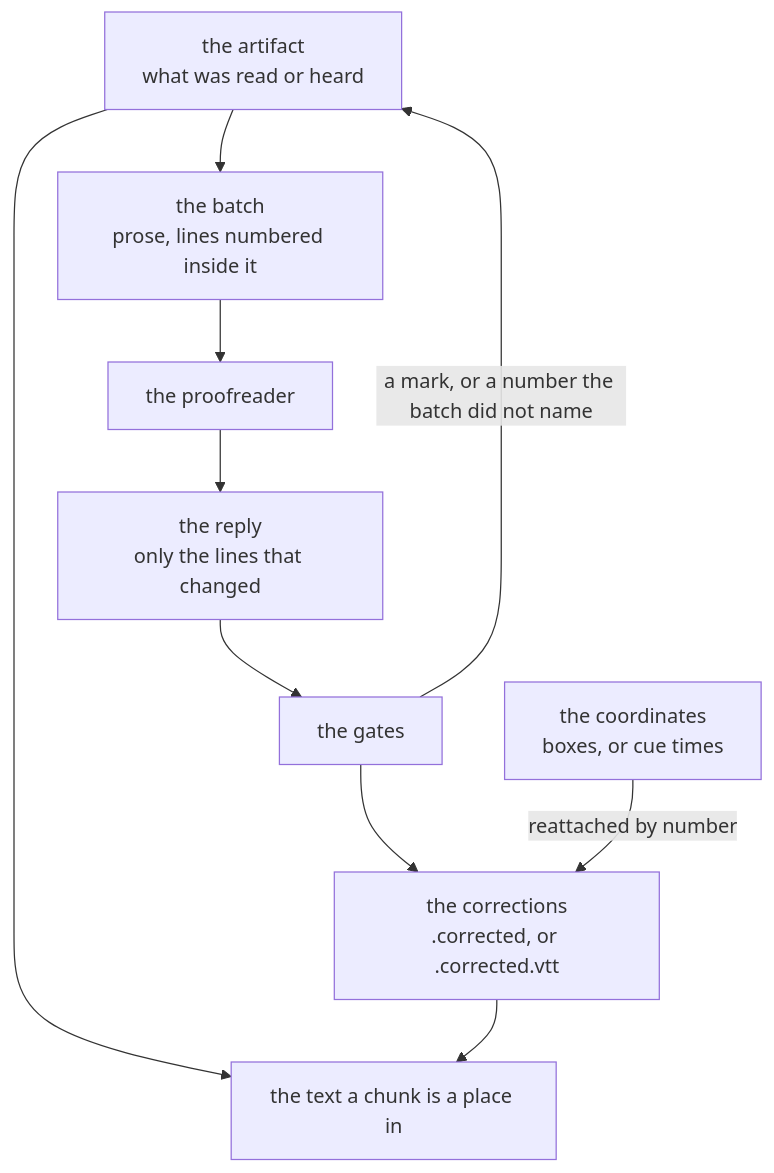
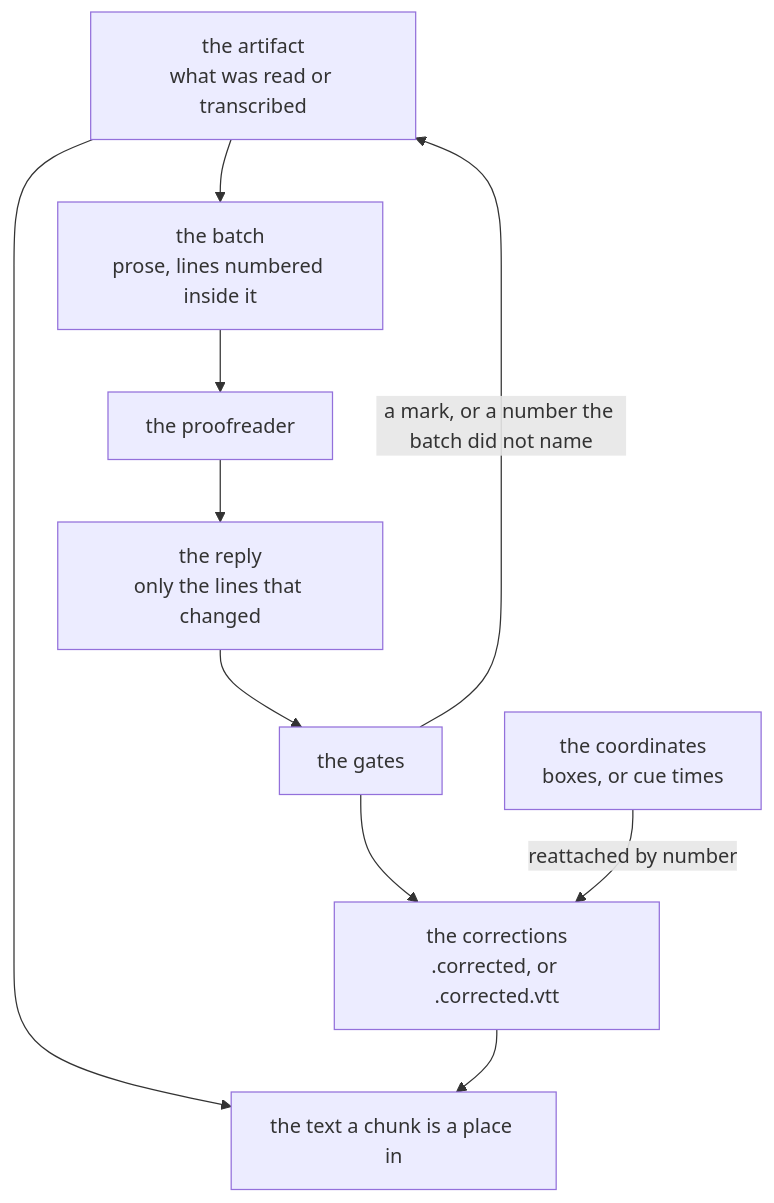
Before and after one commit to jiva-studio/numen: the diagram in docs/proofreading.md, drawn with Mermaid. The commit also changed other lines of this file and 65 other files, not shown here.

First line of the commit message:
refactor(protocol): a schema field says what it holds

````diff
--- a/docs/proofreading.md
+++ b/docs/proofreading.md
@@ -24,21 +24,21 @@
 ```mermaid
 graph TD
-    ART["the artifact<br/>what was read or heard"]
+    ART["the artifact<br/>what was read or transcribed"]
     COORD["the coordinates<br/>boxes, or cue times"]
     ASK["the batch<br/>prose, lines numbered inside it"]
     MODEL["the proofreader"]
     REPLY["the reply<br/>only the lines that changed"]
     GATES["the gates"]
     FIX["the corrections<br/>.corrected, or .corrected.vtt"]
     OUT["the text a chunk is a place in"]
 
     ART --> ASK
     ASK --> MODEL
     MODEL --> REPLY
     REPLY --> GATES
     GATES -->|"a mark, or a number the batch did not name"| ART
     GATES --> FIX
     COORD -->|"reattached by number"| FIX
     ART --> OUT
     FIX --> OUT
 ```
````
